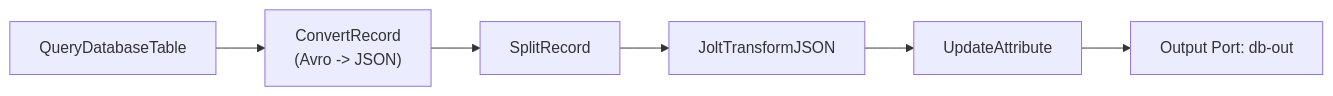
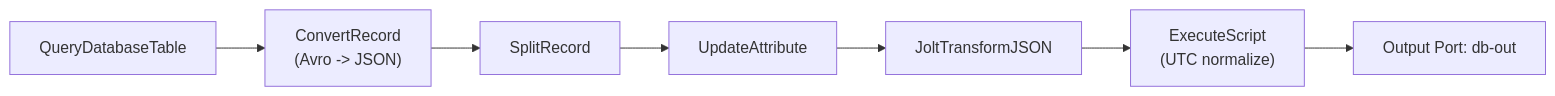
Before and after one commit to roadseeker/study-data-pipeline: the fifth of 8 diagrams in config/nifi/process-group-design.md, drawn with Mermaid. The commit also changed other lines of this file and 4 other files, not shown here.

````diff
--- a/config/nifi/process-group-design.md
+++ b/config/nifi/process-group-design.md
@@ -307,8 +314,9 @@
 ```mermaid
 flowchart LR
     A["QueryDatabaseTable"] --> B["ConvertRecord<br/>(Avro -> JSON)"]
     B --> C["SplitRecord"]
-    C --> D["JoltTransformJSON"]
-    D --> E["UpdateAttribute"]
-    E --> F["Output Port: db-out"]
+    C --> D["UpdateAttribute"]
+    D --> E["JoltTransformJSON"]
+    E --> F["ExecuteScript<br/>(UTC normalize)"]
+    F --> G["Output Port: db-out"]
 ```
````
